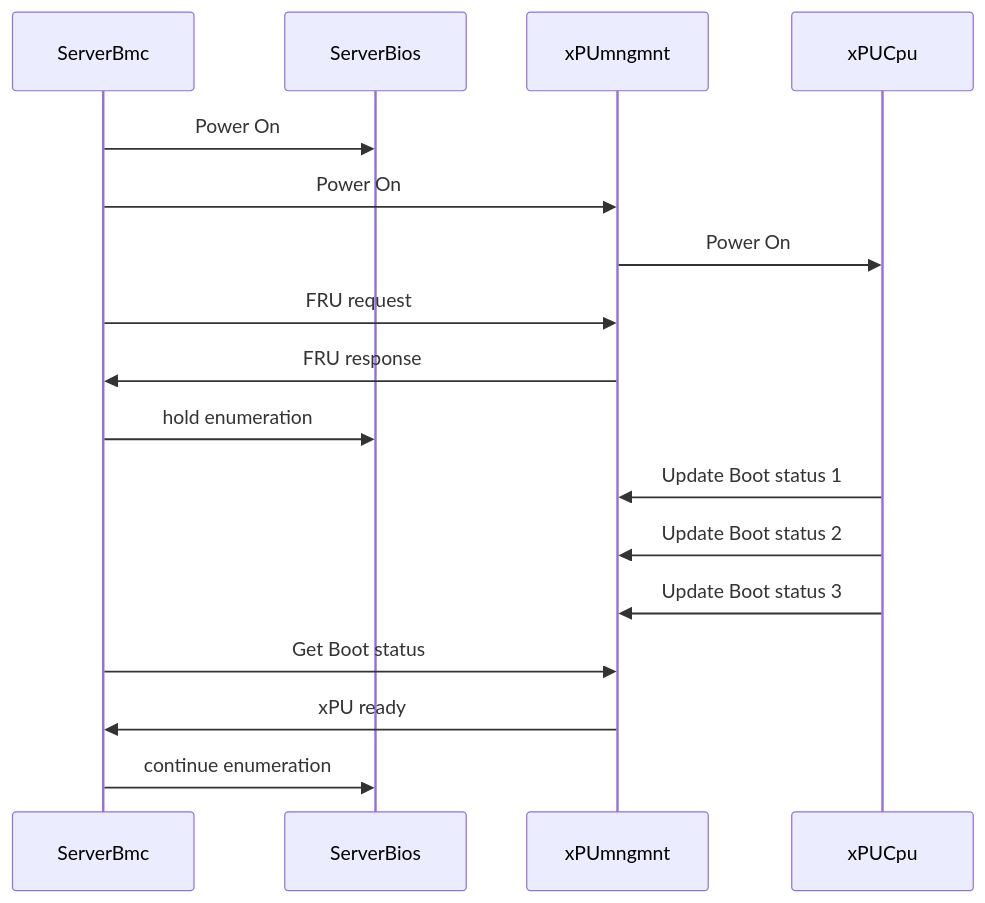
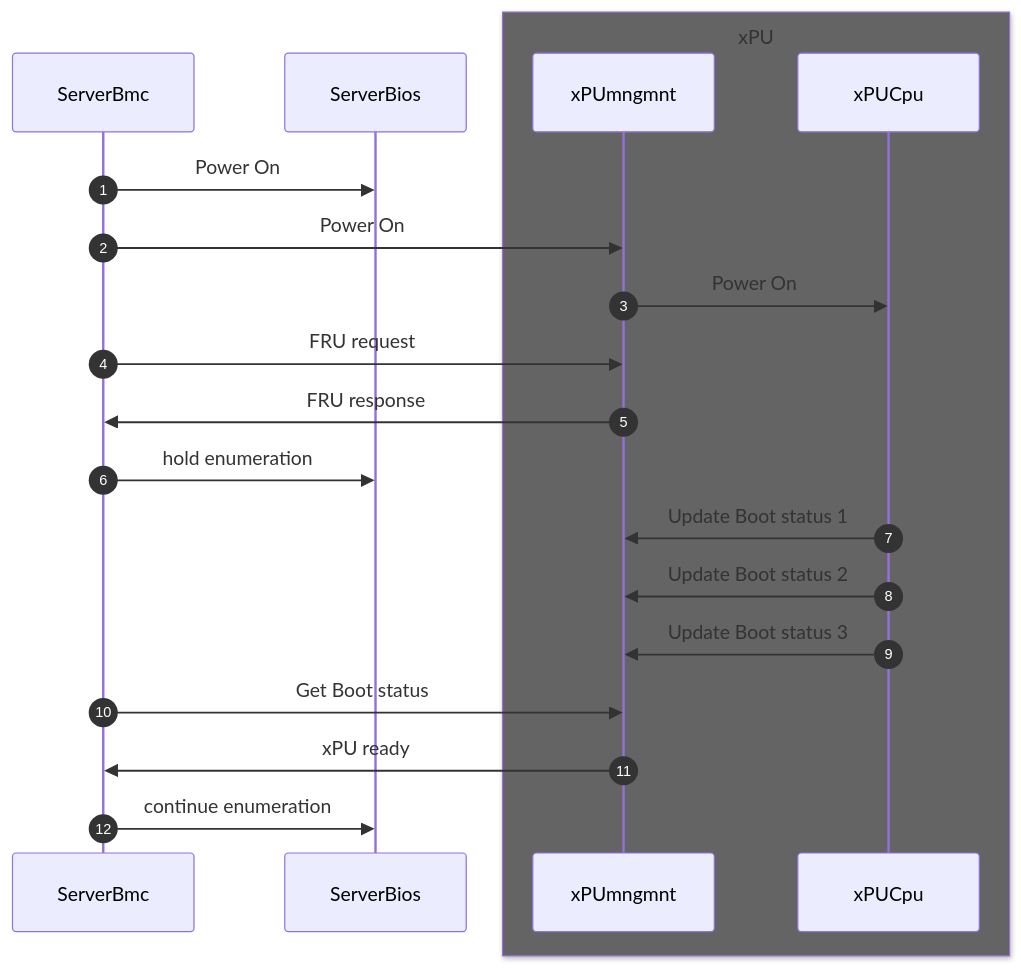
One commit to opiproject/opi-prov-life changed the second of 2 diagrams in boot/COORDINATION.md. Above: the diagram before and after it, drawn with Mermaid.

Commit message:
docs: box xpumgmt and xpucpu with autonumber

````diff
--- a/boot/COORDINATION.md
+++ b/boot/COORDINATION.md
@@ -187,19 +187,22 @@
 ```mermaid
 sequenceDiagram
+    autonumber
     participant ServerBmc
     participant ServerBios
-    participant xPUmngmnt
-    participant xPUCpu
+    box rgb(100,100,100) xPU
+       participant xPUmngmnt
+       participant xPUCpu
+    end
     ServerBmc->>ServerBios: Power On
     ServerBmc->>xPUmngmnt: Power On
     xPUmngmnt->>xPUCpu: Power On
     ServerBmc->>xPUmngmnt: FRU request
     xPUmngmnt->>ServerBmc: FRU response
     ServerBmc->>ServerBios: hold enumeration
     xPUCpu->>xPUmngmnt: Update Boot status 1
     xPUCpu->>xPUmngmnt: Update Boot status 2
     xPUCpu->>xPUmngmnt: Update Boot status 3
     ServerBmc->>xPUmngmnt: Get Boot status
     xPUmngmnt->>ServerBmc: xPU ready
     ServerBmc->>ServerBios: continue enumeration
 ```
````
